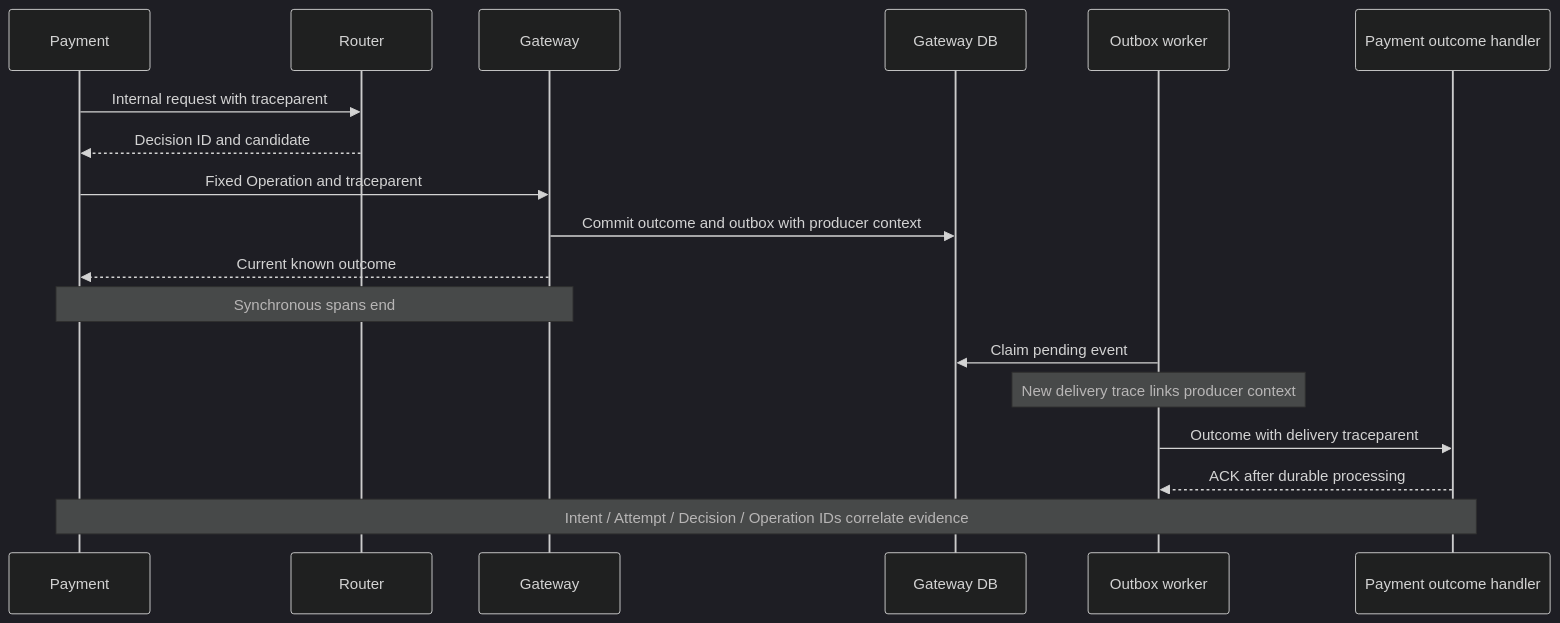
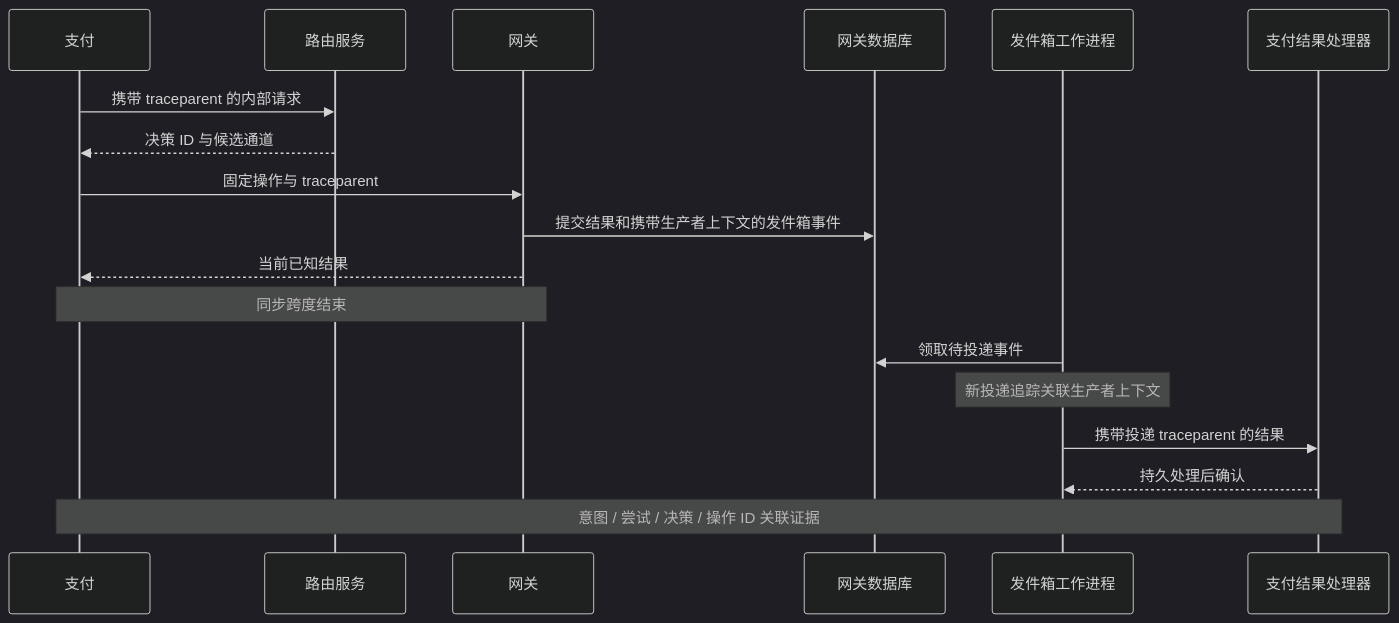
One commit to YouEclipse/Designing-Modern-Payment-Systems changed the second of 4 diagrams in part-4-operating-at-scale/observability.md. Above: the diagram before and after it, drawn with Mermaid (dark theme). The commit also changed other lines of this file and 59 other files, not shown here.

````diff
--- a/part-4-operating-at-scale/observability.md
+++ b/part-4-operating-at-scale/observability.md
@@ -245,20 +245,20 @@
 ```mermaid
 sequenceDiagram
-    participant P as Payment
-    participant R as Router
-    participant G as Gateway
-    participant DB as Gateway DB
-    participant W as Outbox worker
-    participant O as Payment outcome handler
-    P->>R: Internal request with traceparent
-    R-->>P: Decision ID and candidate
-    P->>G: Fixed Operation and traceparent
-    G->>DB: Commit outcome and outbox with producer context
-    G-->>P: Current known outcome
-    Note over P,G: Synchronous spans end
-    W->>DB: Claim pending event
-    Note over W: New delivery trace links producer context
-    W->>O: Outcome with delivery traceparent
-    O-->>W: ACK after durable processing
-    Note over P,O: Intent / Attempt / Decision / Operation IDs correlate evidence
+    participant P as 支付
+    participant R as 路由服务
+    participant G as 网关
+    participant DB as 网关数据库
+    participant W as 发件箱工作进程
+    participant O as 支付结果处理器
+    P->>R: 携带 traceparent 的内部请求
+    R-->>P: 决策 ID 与候选通道
+    P->>G: 固定操作与 traceparent
+    G->>DB: 提交结果和携带生产者上下文的发件箱事件
+    G-->>P: 当前已知结果
+    Note over P,G: 同步跨度结束
+    W->>DB: 领取待投递事件
+    Note over W: 新投递追踪关联生产者上下文
+    W->>O: 携带投递 traceparent 的结果
+    O-->>W: 持久处理后确认
+    Note over P,O: 意图 / 尝试 / 决策 / 操作 ID 关联证据
 ```
````
